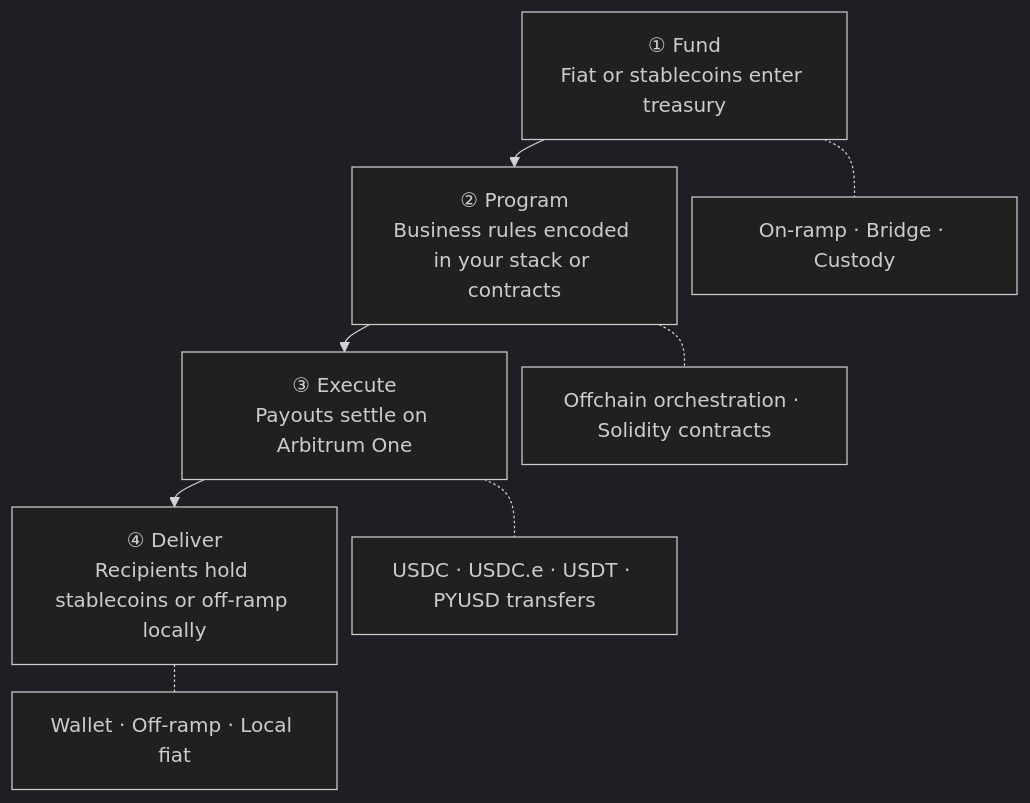
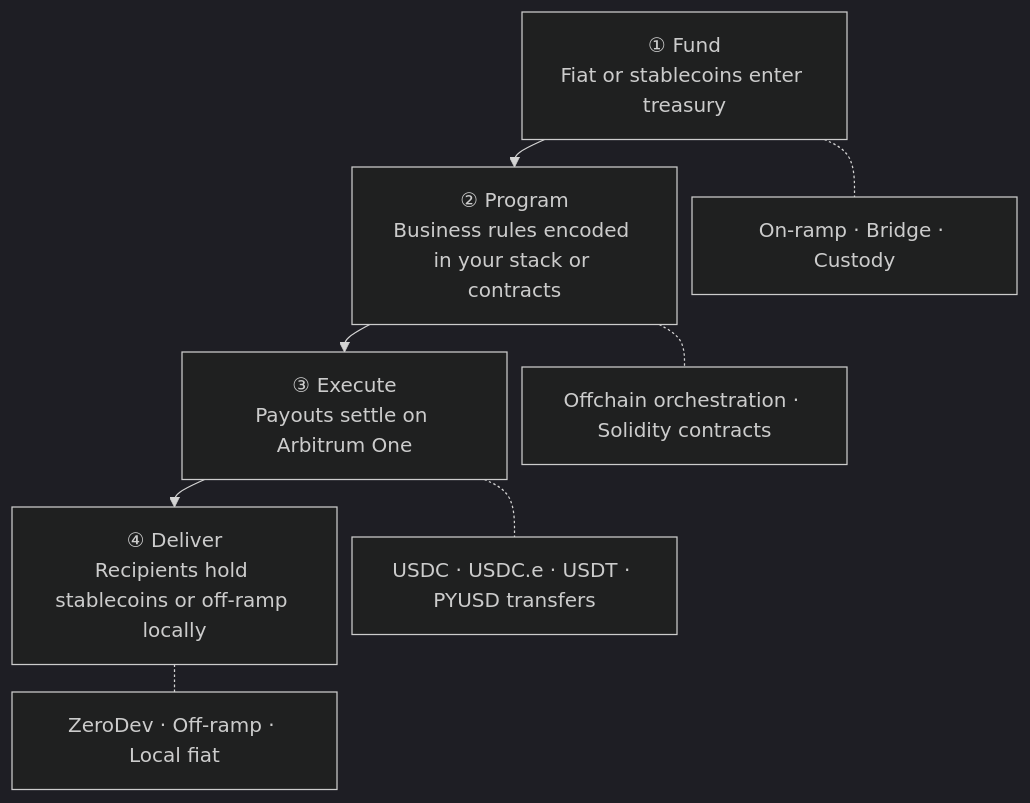
Before and after one commit to santiocl/arbitrum-docs: the first of 4 diagrams in docs/solutions/cross-border-payments.mdx, drawn with Mermaid (dark theme). The commit also changed other lines of this file, not shown here.

Commit message:
Update cross-border payments: ZeroDev, stablecoins, checklist, fixes

````diff
--- a/docs/solutions/cross-border-payments.mdx
+++ b/docs/solutions/cross-border-payments.mdx
@@ -20,15 +20,15 @@
 ```mermaid
 %%{init: {'flowchart': {'nodeSpacing': 12, 'rankSpacing': 22}}}%%
 flowchart TD
     FUND["① Fund<br/>Fiat or stablecoins enter treasury"]
     PROG["② Program<br/>Business rules encoded in your stack or contracts"]
     EXEC["③ Execute<br/>Payouts settle on Arbitrum One"]
     DELIV["④ Deliver<br/>Recipients hold stablecoins or off-ramp locally"]
 
     FUND --> PROG --> EXEC --> DELIV
 
     FUND -.- F1["On-ramp · Bridge · Custody"]
     PROG -.- P1["Offchain orchestration · Solidity contracts"]
     EXEC -.- E1["USDC · USDC.e · USDT · PYUSD transfers"]
-    DELIV -.- D1["Wallet · Off-ramp · Local fiat"]
+    DELIV -.- D1["ZeroDev · Off-ramp · Local fiat"]
 ```
````
